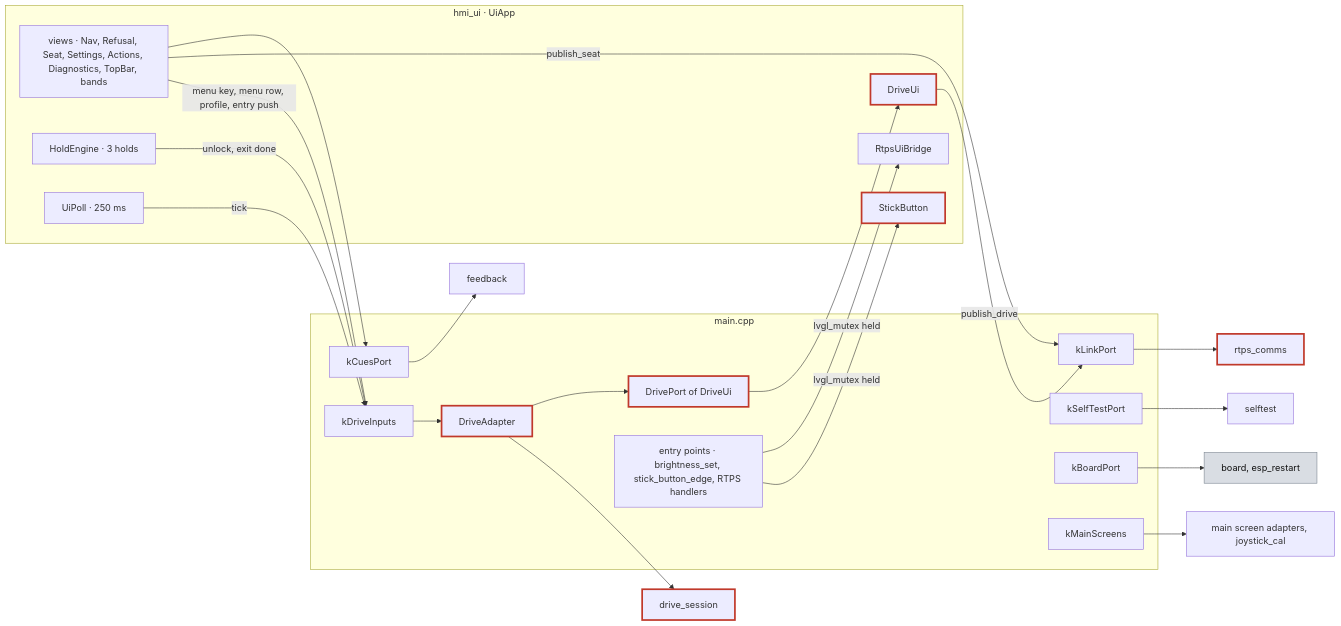
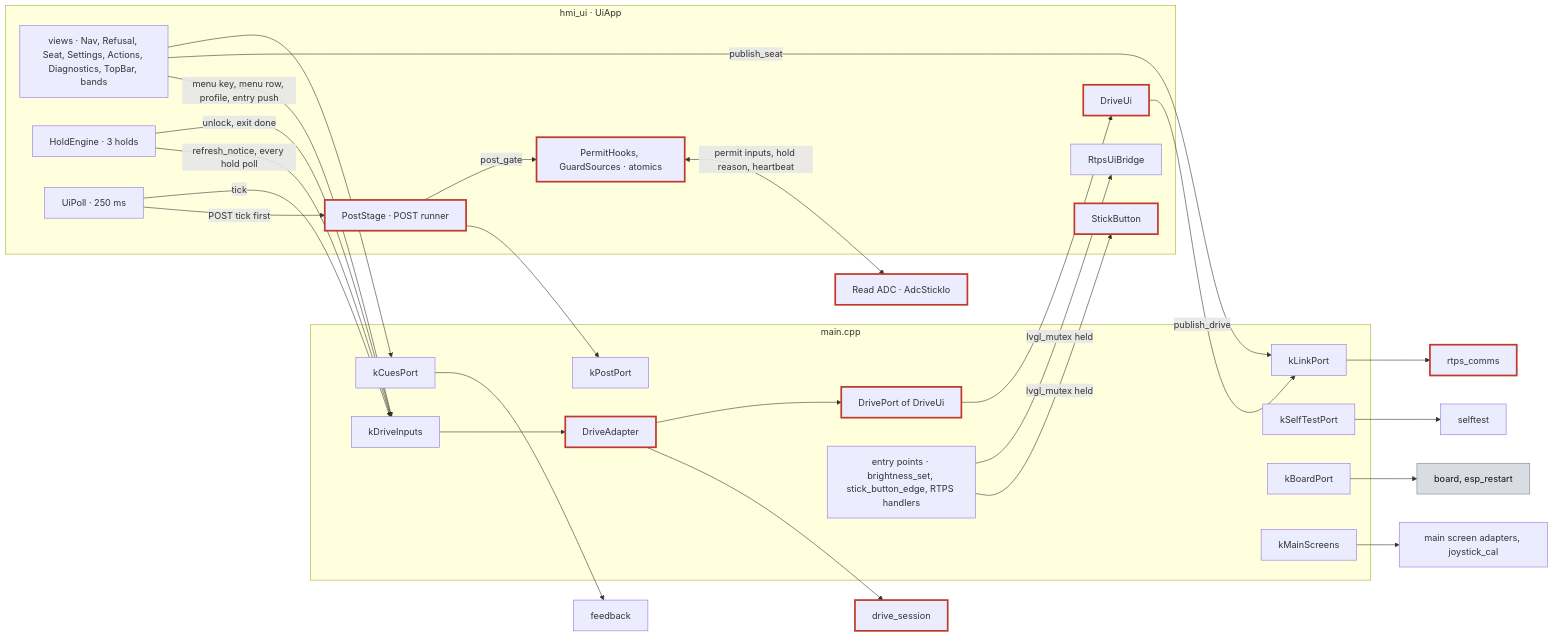
One commit to rammp-org/pace-hmi-fw changed the fourth of 8 diagrams in docs/how-the-firmware-works.md. Above: the diagram before and after it, drawn with Mermaid. The commit also changed other lines of this file and 7 other files, not shown here.

````diff
--- a/docs/how-the-firmware-works.md
+++ b/docs/how-the-firmware-works.md
@@ -409,47 +477,56 @@
 ```mermaid
 flowchart LR
   subgraph mainbox["main.cpp"]
     lp["kLinkPort"]
     di["kDriveInputs"]
     cp["kCuesPort"]
     sp["kSelfTestPort"]
     bp["kBoardPort"]
     ms["kMainScreens"]
+    pp["kPostPort"]
     da["DriveAdapter"]:::safety
     dp["DrivePort of DriveUi"]:::safety
     ep["entry points · brightness_set, stick_button_edge, RTPS handlers"]
   end
   subgraph app["hmi_ui · UiApp"]
     views["views · Nav, Refusal, Seat, Settings, Actions, Diagnostics, TopBar, bands"]
     hold["HoldEngine · 3 holds"]
     poll["UiPoll · 250 ms"]
     dui["DriveUi"]:::safety
     sbtn["StickButton"]:::safety
     bridge["RtpsUiBridge"]
+    post["PostStage · POST runner"]:::safety
+    hooks["PermitHooks, GuardSources · atomics"]:::safety
   end
+  adc["Read ADC · AdcStickIo"]:::safety
   rtps["rtps_comms"]:::safety
   sess["drive_session"]:::safety
   feed["feedback"]
   st["selftest"]
   brd["board, esp_restart"]:::hw
   scr["main screen adapters, joystick_cal"]
   lp --> rtps
   cp --> feed
   sp --> st
   bp --> brd
   ms --> scr
+  post --> pp
+  post -->|"post_gate"| hooks
+  poll -->|"POST tick first"| post
+  hooks <-->|"permit inputs, hold reason, heartbeat"| adc
+  hold -->|"refresh_notice, every hold poll"| di
   di --> da
   da --> sess
   da --> dp --> dui
   hold -->|"unlock, exit done"| di
   poll -->|"tick"| di
   views -->|"menu key, menu row, profile, entry push"| di
   dui -->|"publish_drive"| lp
   views -->|"publish_seat"| lp
   views --> cp
   ep -->|"lvgl_mutex held"| sbtn
   ep -->|"lvgl_mutex held"| bridge
   classDef hw fill:#d9dde3,stroke:#7a8590,color:#111
   classDef safety stroke:#c0392b,stroke-width:3px
   classDef gen stroke-dasharray:5 4
 ```
````
